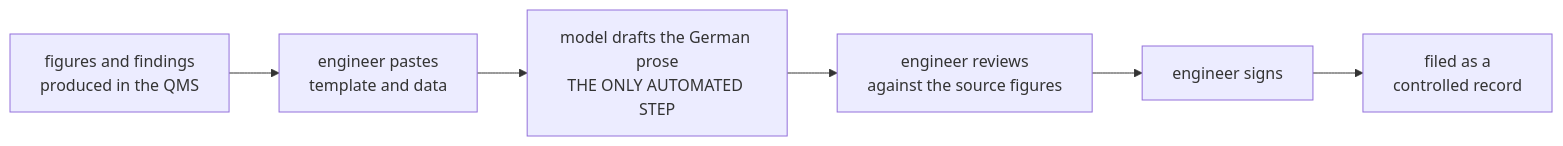
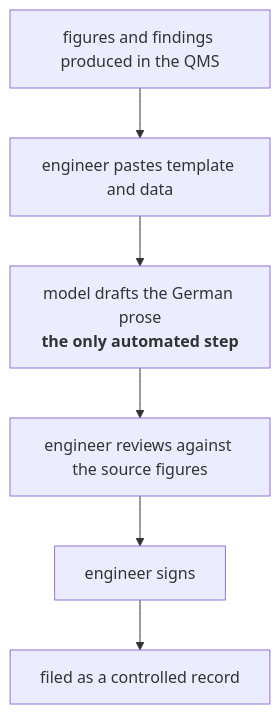
The second of 2 diagrams in README.md (sergey-kasatov/iatf-quality-report-prompt), drawn with Mermaid before and after one commit. The commit also changed other lines of this file, not shown here.

Commit message:
Turn the process diagram vertical and fix a stale run count
Six nodes in a left-to-right flowchart compress to unreadable text inside the
README column on GitHub. Top-down gives each step full width.

The run B result row still said 5 of 5 repeats, written before the seventh run
existed. It now matches the 7 of 7 stated everywhere else.

````diff
--- a/README.md
+++ b/README.md
@@ -48,8 +48,8 @@
 ```mermaid
-flowchart LR
-    A["figures and findings<br/>produced in the QMS"] --> B["engineer pastes<br/>template and data"]
-    B --> C["model drafts the German prose<br/>THE ONLY AUTOMATED STEP"]
-    C --> D["engineer reviews<br/>against the source figures"]
+flowchart TD
+    A["figures and findings produced in the QMS"] --> B["engineer pastes template and data"]
+    B --> C["model drafts the German prose<br/><b>the only automated step</b>"]
+    C --> D["engineer reviews against the source figures"]
     D --> E["engineer signs"]
-    E --> F["filed as a<br/>controlled record"]
+    E --> F["filed as a controlled record"]
 ```
````
